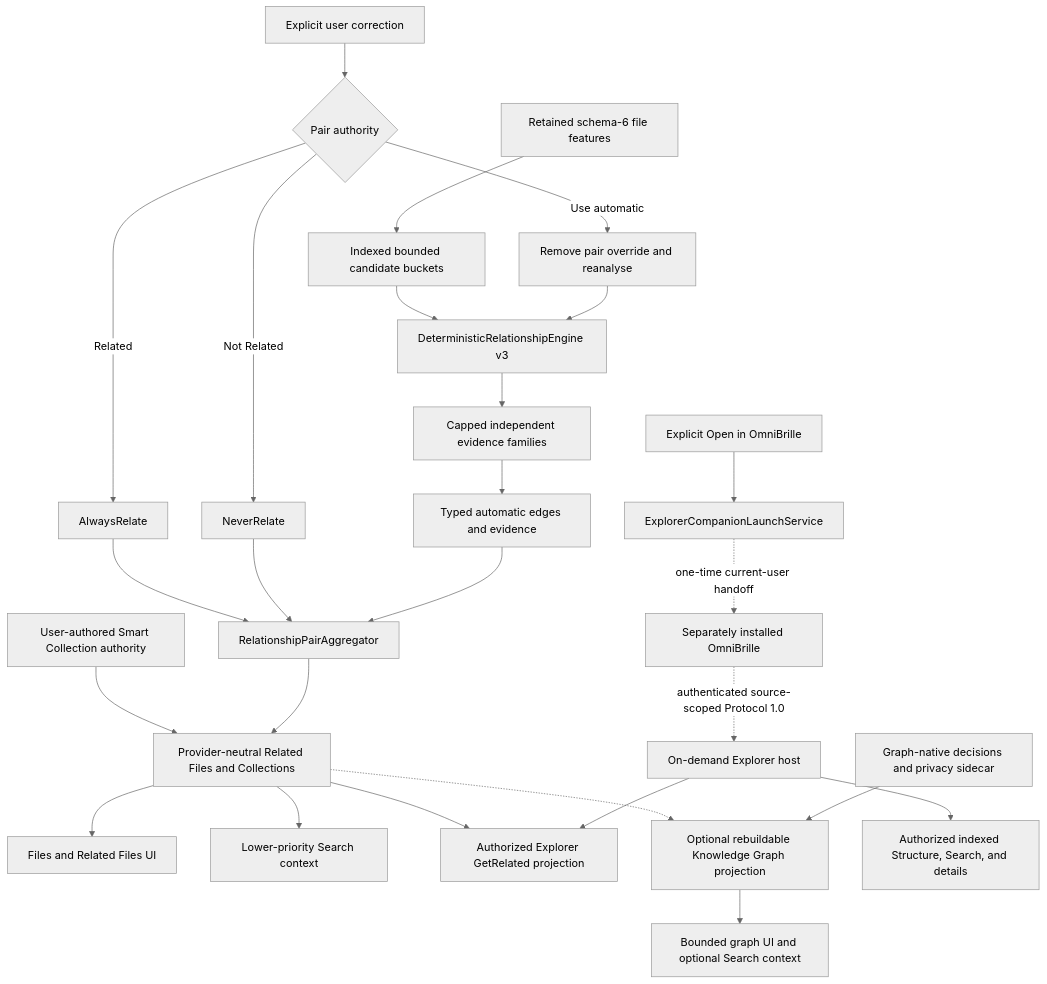
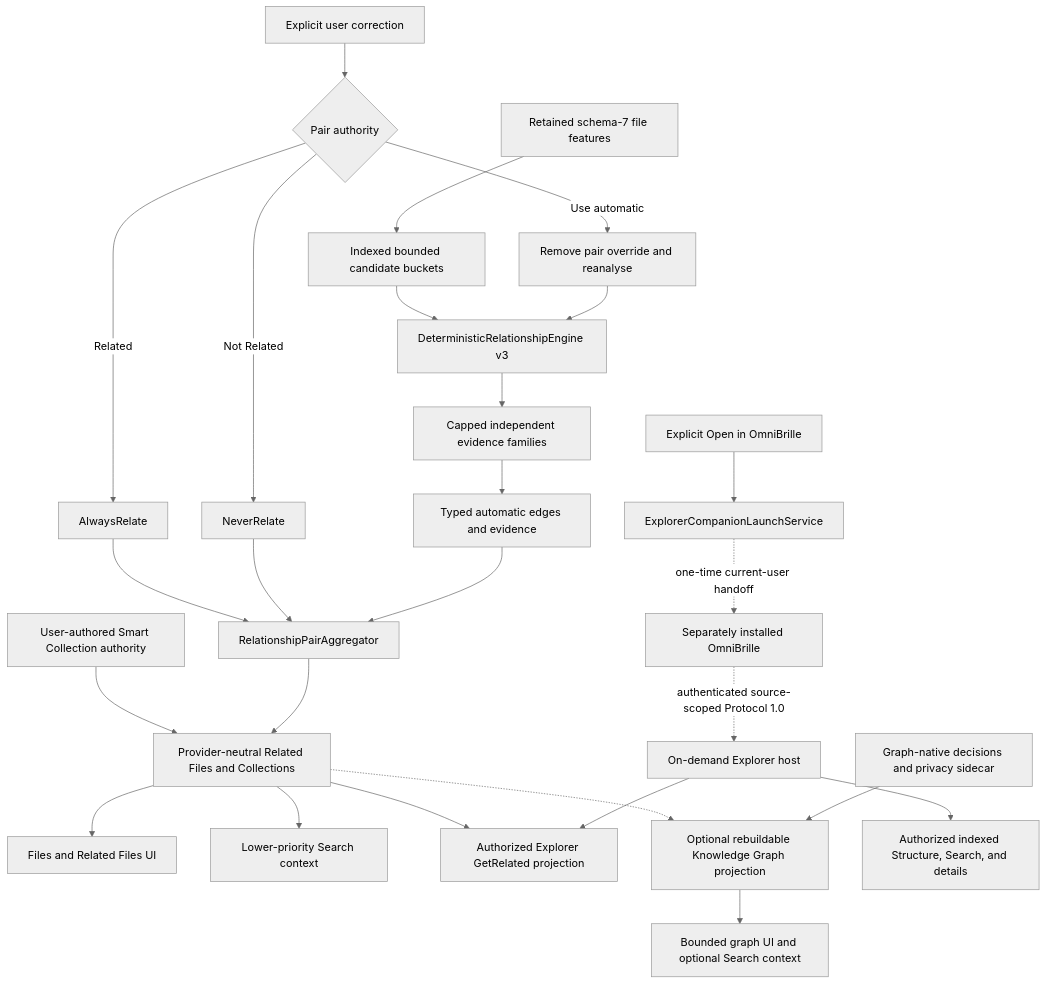
Before and after one commit to nishdel/OmniSorSe: the fifth of 5 diagrams in docs/Architecture/OpenSorSe_System_Map.md, drawn with Mermaid (neutral theme). The commit also changed other lines of this file and 23 other files, not shown here.

````diff
--- a/docs/Architecture/OpenSorSe_System_Map.md
+++ b/docs/Architecture/OpenSorSe_System_Map.md
@@ -487,32 +487,32 @@
 ```mermaid
 flowchart TB
-    Retained["Retained schema-6 file features"] --> Buckets["Indexed bounded candidate buckets"]
+    Retained["Retained schema-7 file features"] --> Buckets["Indexed bounded candidate buckets"]
     Buckets --> Engine["DeterministicRelationshipEngine v3"]
     Engine --> Evidence["Capped independent evidence families"]
     Evidence --> Edges["Typed automatic edges and evidence"]
 
     User["Explicit user correction"] --> Pair{"Pair authority"}
     Pair -->|Related| Always["AlwaysRelate"]
     Pair -->|Not Related| Never["NeverRelate"]
     Pair -->|Use automatic| Remove["Remove pair override and reanalyse"]
     Always --> Aggregate["RelationshipPairAggregator"]
     Never --> Aggregate
     Remove --> Engine
     Edges --> Aggregate
 
     Collections["User-authored Smart Collection authority"] --> Related["Provider-neutral Related Files and Collections"]
     Aggregate --> Related
     Related --> FilesUI["Files and Related Files UI"]
     Related --> Search["Lower-priority Search context"]
     Related --> Explorer["Authorized Explorer GetRelated projection"]
 
     Related -.-> Graph["Optional rebuildable Knowledge Graph projection"]
     GraphDecisions["Graph-native decisions and privacy sidecar"] --> Graph
     Graph --> GraphUI["Bounded graph UI and optional Search context"]
 
     Owner["Explicit Open in OmniBrille"] --> Launch["ExplorerCompanionLaunchService"]
     Launch -.->|one-time current-user handoff| Companion["Separately installed OmniBrille"]
     Companion -.->|authenticated source-scoped Protocol 1.0| Host["On-demand Explorer host"]
     Host --> Explorer
     Host --> Structure["Authorized indexed Structure, Search, and details"]
 ```
````
